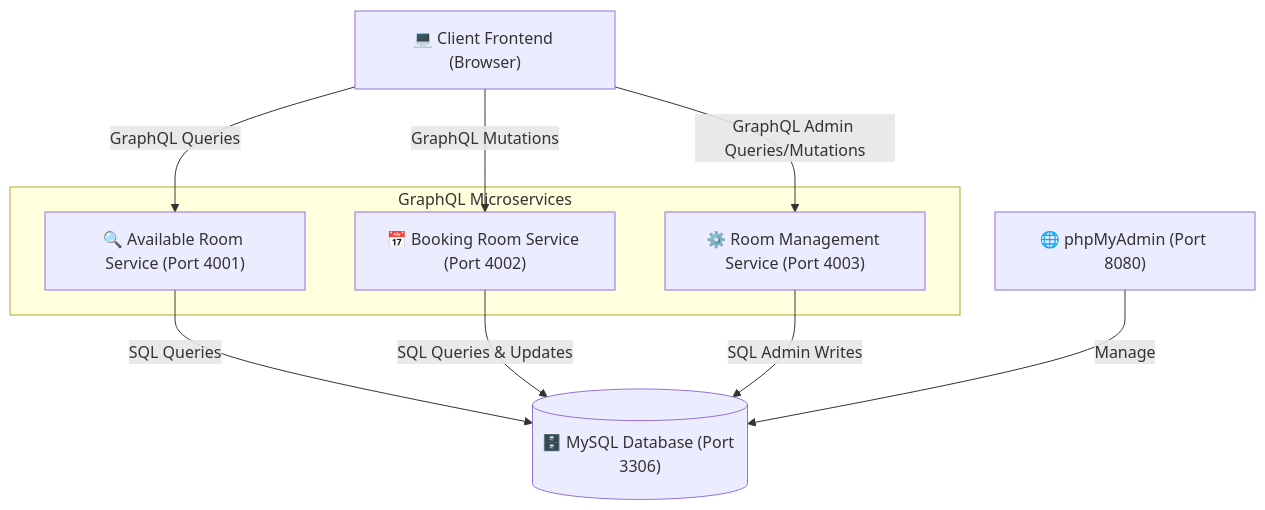
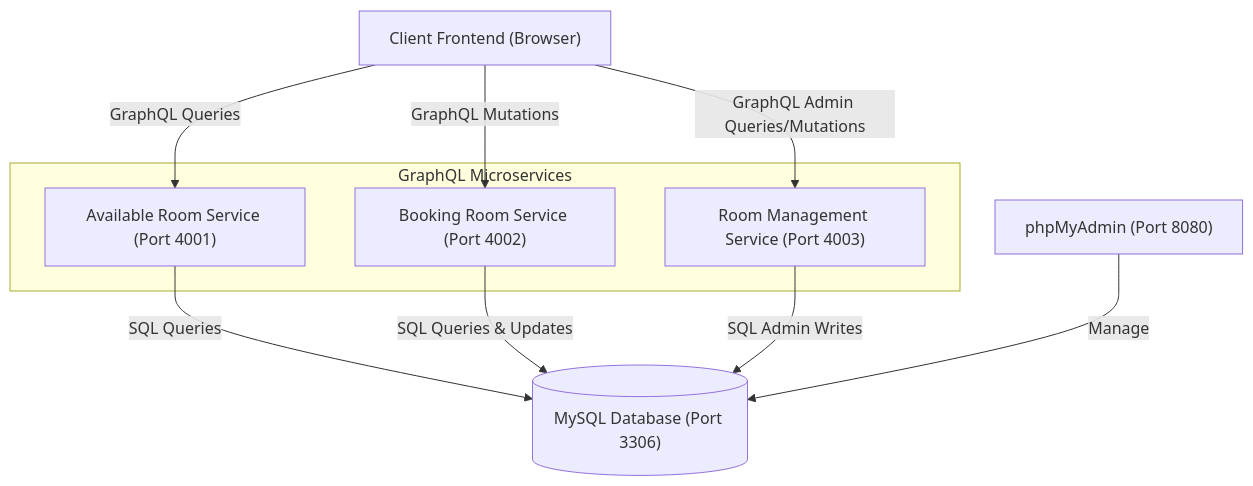
One commit to azzamrabbanii/Telu-room-hub-GraphQL-Project changed the diagram in api-docs/documentation.md. Above: the diagram before and after it, drawn with Mermaid. The commit also changed other lines of this file and 1 other file, not shown here.

````diff
--- a/api-docs/documentation.md
+++ b/api-docs/documentation.md
@@ -13,25 +13,25 @@
 ```mermaid
 graph TD
     %% Nodes
-    Client["💻 Client Frontend (Browser)"]
+    Client["Client Frontend (Browser)"]
     
     subgraph Microservices ["GraphQL Microservices"]
-        S1["🔍 Available Room Service (Port 4001)"]
-        S2["📅 Booking Room Service (Port 4002)"]
-        S3["⚙️ Room Management Service (Port 4003)"]
+        S1["Available Room Service (Port 4001)"]
+        S2["Booking Room Service (Port 4002)"]
+        S3["Room Management Service (Port 4003)"]
     end
     
-    DB[("🗄️ MySQL Database (Port 3306)")]
-    PMA["🌐 phpMyAdmin (Port 8080)"]
+    DB[("MySQL Database (Port 3306)")]
+    PMA["phpMyAdmin (Port 8080)"]
 
     %% Connections
     Client -->|GraphQL Queries| S1
     Client -->|GraphQL Mutations| S2
     Client -->|GraphQL Admin Queries/Mutations| S3
     
     S1 -->|SQL Queries| DB
     S2 -->|SQL Queries & Updates| DB
     S3 -->|SQL Admin Writes| DB
     
     PMA -->|Manage| DB
 ```
````
